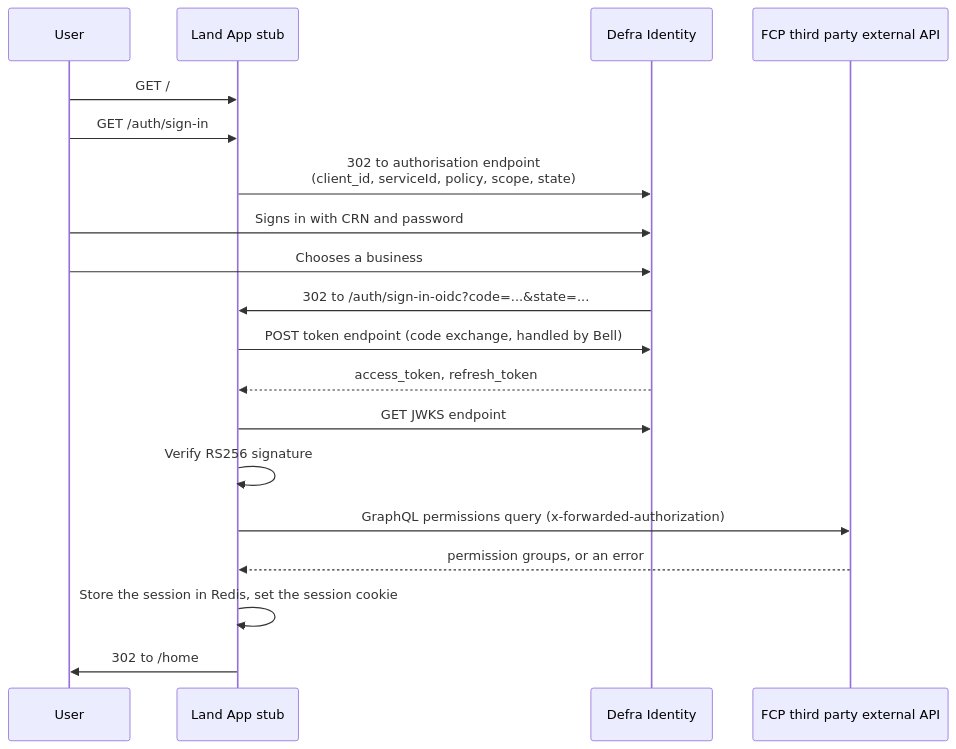
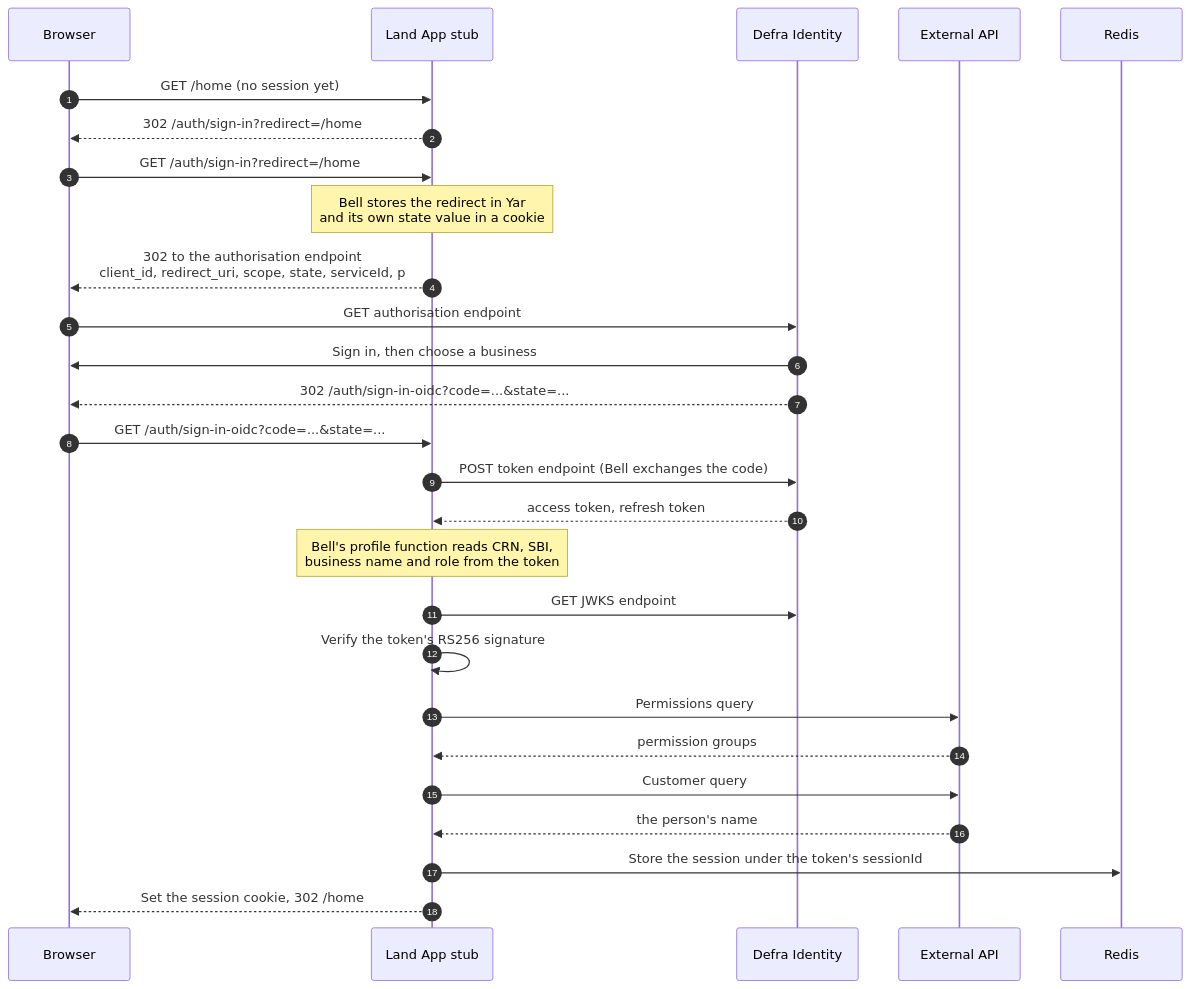
The second of 8 diagrams in README.md (DEFRA/fcp-land-app-stub), drawn with Mermaid before and after one commit. The commit also changed other lines of this file and 31 other files, not shown here.

Commit message:
Restructure README for third parties and improve code comments (#16)

````diff
--- a/README.md
+++ b/README.md
@@ -148,22 +204,30 @@
 ```mermaid
 sequenceDiagram
-    participant U as User
+    autonumber
+    participant U as Browser
     participant A as Land App stub
     participant D as Defra Identity
-    participant X as FCP third party external API
+    participant X as External API
+    participant R as Redis
 
-    U->>A: GET /
-    U->>A: GET /auth/sign-in
-    A->>D: 302 to authorisation endpoint<br/>(client_id, serviceId, policy, scope, state)
-    U->>D: Signs in with CRN and password
-    U->>D: Chooses a business
-    D->>A: 302 to /auth/sign-in-oidc?code=...&state=...
-    A->>D: POST token endpoint (code exchange, handled by Bell)
-    D-->>A: access_token, refresh_token
+    U->>A: GET /home (no session yet)
+    A-->>U: 302 /auth/sign-in?redirect=/home
+    U->>A: GET /auth/sign-in?redirect=/home
+    Note over A: Bell stores the redirect in Yar<br/>and its own state value in a cookie
+    A-->>U: 302 to the authorisation endpoint<br/>client_id, redirect_uri, scope, state, serviceId, p
+    U->>D: GET authorisation endpoint
+    D->>U: Sign in, then choose a business
+    D-->>U: 302 /auth/sign-in-oidc?code=...&state=...
+    U->>A: GET /auth/sign-in-oidc?code=...&state=...
+    A->>D: POST token endpoint (Bell exchanges the code)
+    D-->>A: access token, refresh token
+    Note over A: Bell's profile function reads CRN, SBI,<br/>business name and role from the token
     A->>D: GET JWKS endpoint
-    A->>A: Verify RS256 signature
-    A->>X: GraphQL permissions query (x-forwarded-authorization)
-    X-->>A: permission groups, or an error
-    A->>A: Store the session in Redis, set the session cookie
-    A->>U: 302 to /home
+    A->>A: Verify the token's RS256 signature
+    A->>X: Permissions query
+    X-->>A: permission groups
+    A->>X: Customer query
+    X-->>A: the person's name
+    A->>R: Store the session under the token's sessionId
+    A-->>U: Set the session cookie, 302 /home
 ```
````
